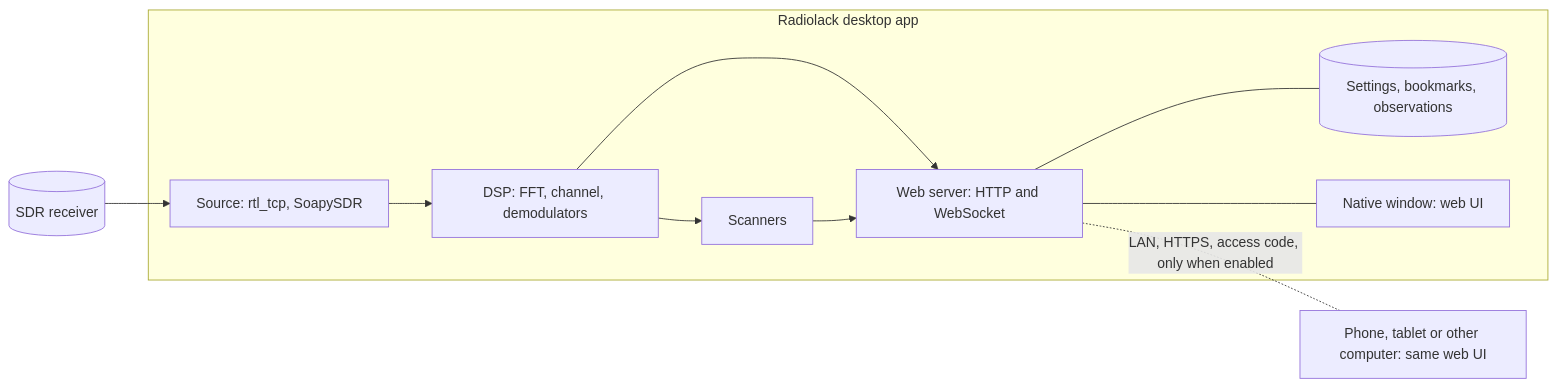
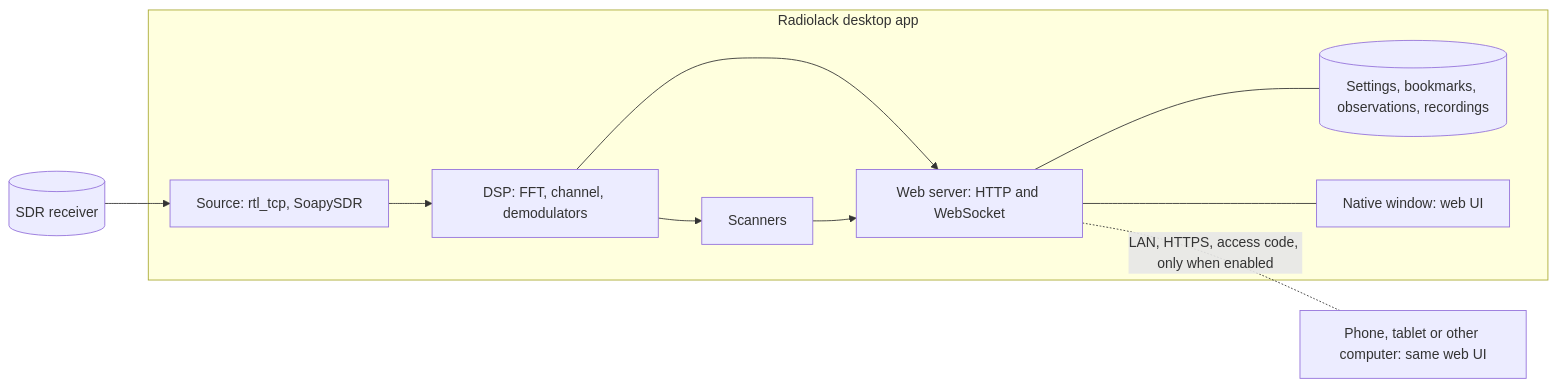
One commit to OGD09/radiolack changed the diagram in docs/design/scoping.md. Above: the diagram before and after it, drawn with Mermaid. The commit also changed other lines of this file and 2 other files, not shown here.

````diff
--- a/docs/design/scoping.md
+++ b/docs/design/scoping.md
@@ -117,13 +126,13 @@
 ```mermaid
 flowchart LR
   subgraph app ["Radiolack desktop app"]
     src["Source: rtl_tcp, SoapySDR"] --> dsp["DSP: FFT, channel, demodulators"]
     dsp --> scan["Scanners"]
     dsp --> srv["Web server: HTTP and WebSocket"]
     scan --> srv
-    srv --- store[("Settings, bookmarks, observations")]
+    srv --- store[("Settings, bookmarks, observations, recordings")]
     srv --- win["Native window: web UI"]
   end
   rx[("SDR receiver")] --> src
   srv -.-|"LAN, HTTPS, access code, only when enabled"| remote["Phone, tablet or other computer: same web UI"]
 ```
````
